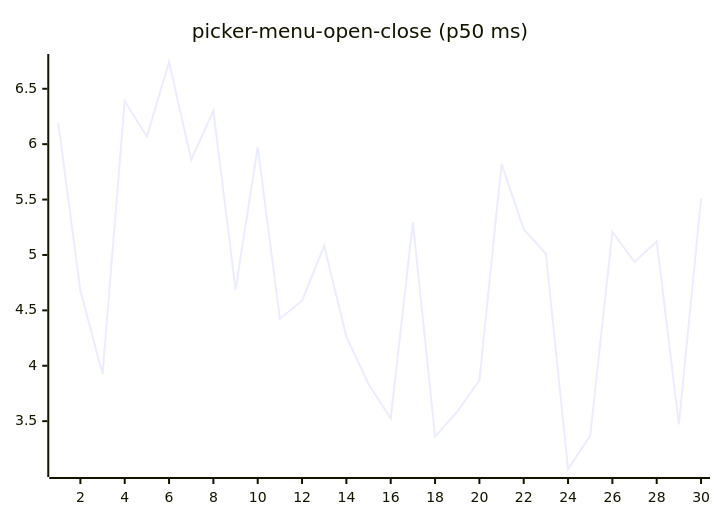
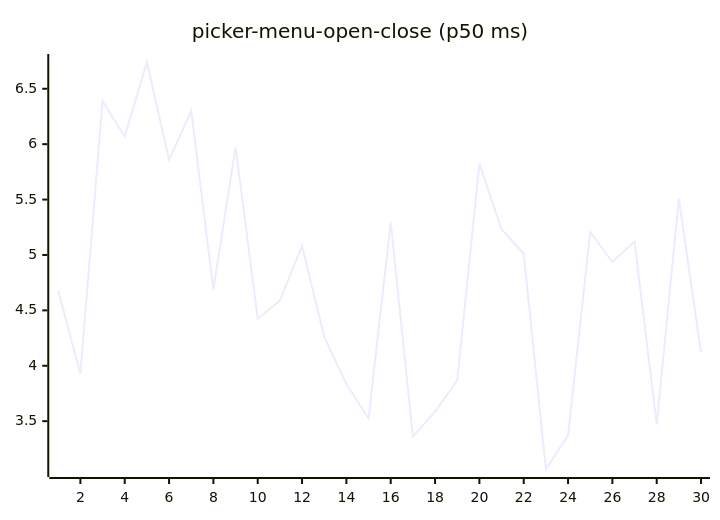
Diagram 16 of 27 in README.md (josha/Facet), drawn with Mermaid before and after one commit. The commit also changed other lines of this file and 2 other files, not shown here.

````diff
--- a/README.md
+++ b/README.md
@@ -168,6 +168,6 @@
 ```mermaid
 xychart-beta
     title "picker-menu-open-close (p50 ms)"
     x-axis 1 --> 30
-    line [6.1919, 4.6774, 3.9267, 6.3897, 6.0683, 6.7415, 5.8582, 6.3016, 4.6878, 5.9725, 4.4246, 4.5868, 5.0832, 4.2609, 3.8354, 3.5244, 5.2942, 3.3612, 3.5857, 3.8672, 5.8216, 5.2328, 5.0107, 3.0683, 3.3695, 5.2090, 4.9360, 5.1232, 3.4711, 5.5061]
+    line [4.6774, 3.9267, 6.3897, 6.0683, 6.7415, 5.8582, 6.3016, 4.6878, 5.9725, 4.4246, 4.5868, 5.0832, 4.2609, 3.8354, 3.5244, 5.2942, 3.3612, 3.5857, 3.8672, 5.8216, 5.2328, 5.0107, 3.0683, 3.3695, 5.2090, 4.9360, 5.1232, 3.4711, 5.5061, 4.1198]
 ```
````
